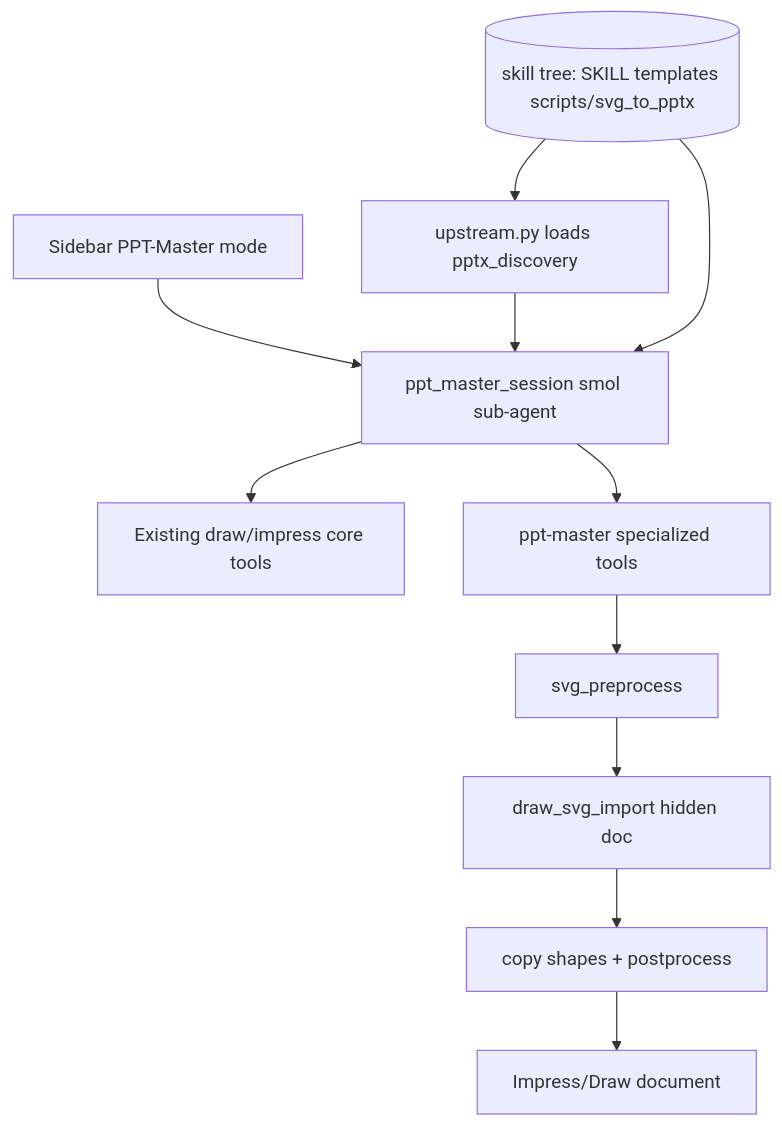
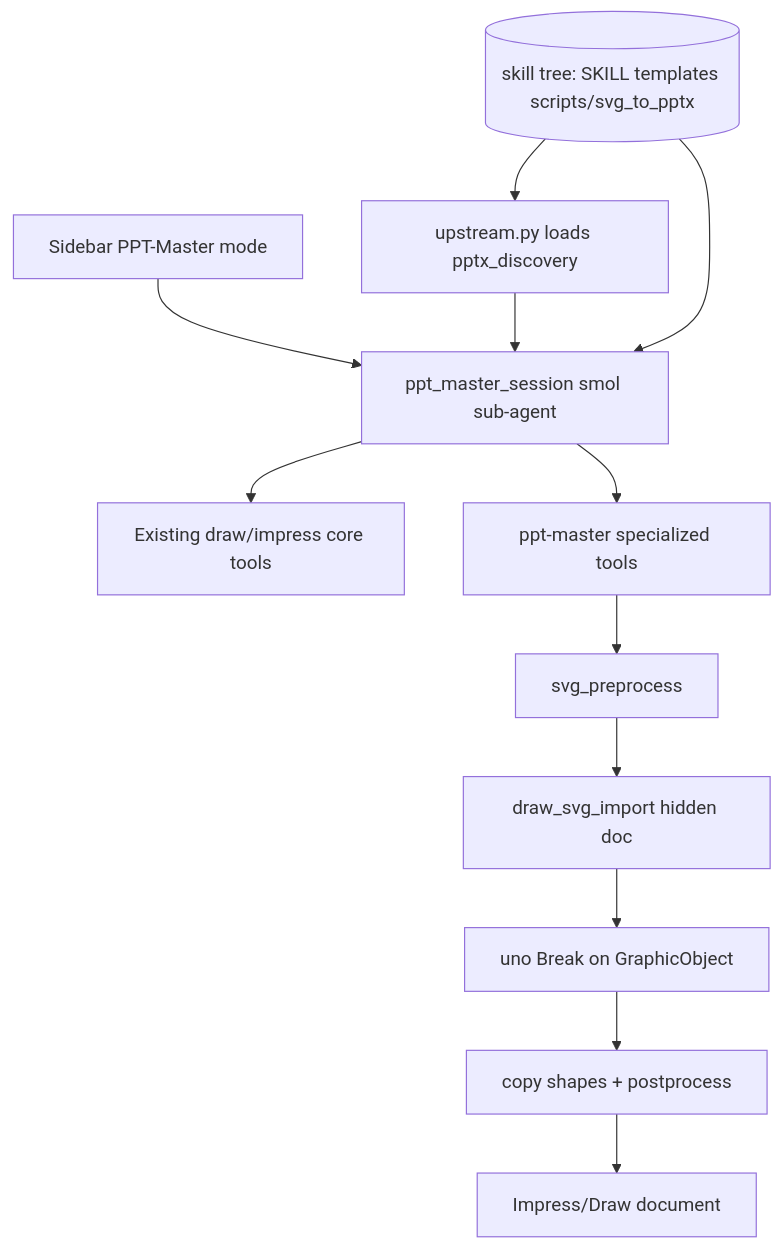
The diagram in docs/ppt-master-integration-plan.md (KeithCu/writeragent), drawn with Mermaid before and after one commit. The commit also changed other lines of this file and 8 other files, not shown here.

````diff
--- a/docs/ppt-master-integration-plan.md
+++ b/docs/ppt-master-integration-plan.md
@@ -65,13 +65,14 @@
 ```mermaid
 flowchart TB
   UI[Sidebar PPT-Master mode] --> Session[ppt_master_session smol sub-agent]
   Session --> DrawTools[Existing draw/impress core tools]
   Session --> PmTools[ppt-master specialized tools]
   PmTools --> Pre[svg_preprocess]
   Pre --> HostSVG[draw_svg_import hidden doc]
-  HostSVG --> Copy[copy shapes + postprocess]
+  HostSVG --> Break[uno Break on GraphicObject]
+  Break --> Copy[copy shapes + postprocess]
   Copy --> UNO[Impress/Draw document]
   Data[(skill tree: SKILL templates scripts/svg_to_pptx)] --> Upstream[upstream.py loads pptx_discovery]
   Upstream --> Session
   Data --> Session
 ```
````
